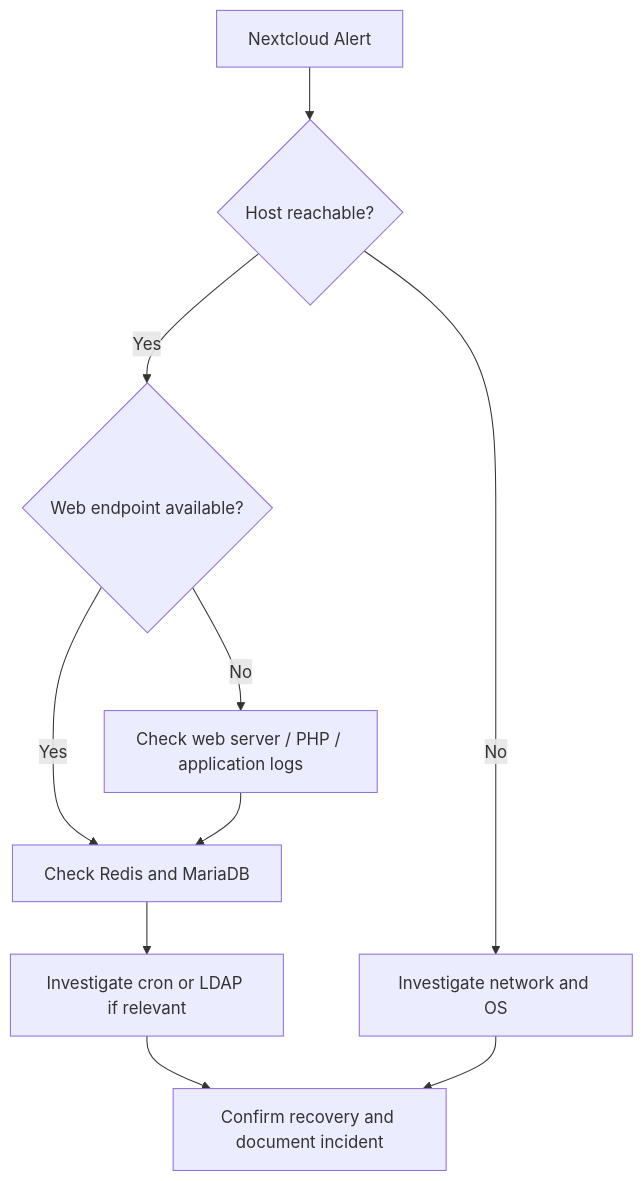
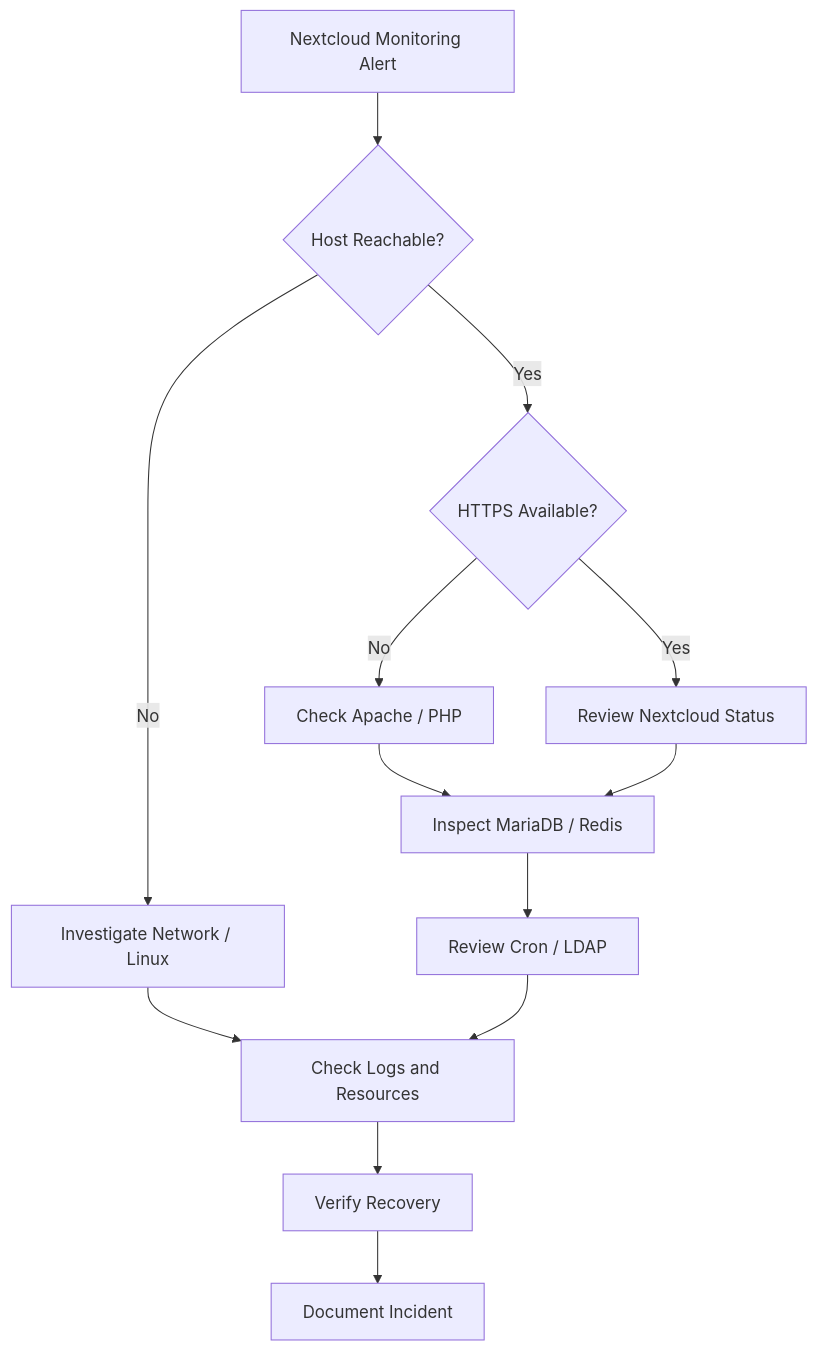
Before and after one commit to elahegivi/enterprise-infrastructure-monitoring: the second of 2 diagrams in docs/nextcloud-zabbix-configuration.md, drawn with Mermaid. The commit also changed other lines of this file, not shown here.

Commit message:
Refine Nextcloud Zabbix monitoring configuration

````diff
--- a/docs/nextcloud-zabbix-configuration.md
+++ b/docs/nextcloud-zabbix-configuration.md
@@ -166,21 +354,29 @@
 ```mermaid
 flowchart TD
-    A["Nextcloud Alert"]
-    B{"Host reachable?"}
-    C["Investigate network and OS"]
-    D{"Web endpoint available?"}
-    E["Check web server / PHP / application logs"]
-    F["Check Redis and MariaDB"]
-    G["Investigate cron or LDAP if relevant"]
-    H["Confirm recovery and document incident"]
+    A["Nextcloud Monitoring Alert"]
+    B{"Host Reachable?"}
+    C["Investigate Network / Linux"]
+    D{"HTTPS Available?"}
+    E["Check Apache / PHP"]
+    F["Review Nextcloud Status"]
+    G["Inspect MariaDB / Redis"]
+    H["Review Cron / LDAP"]
+    I["Check Logs and Resources"]
+    J["Verify Recovery"]
+    K["Document Incident"]
 
     A --> B
     B -->|No| C
     B -->|Yes| D
+
+    C --> I
     D -->|No| E
     D -->|Yes| F
-    E --> F
+
+    E --> G
     F --> G
     G --> H
-    C --> H
+    H --> I
+    I --> J
+    J --> K
 ```
````
